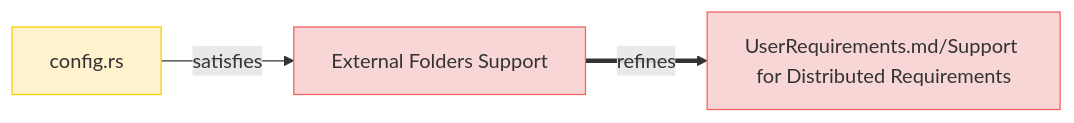
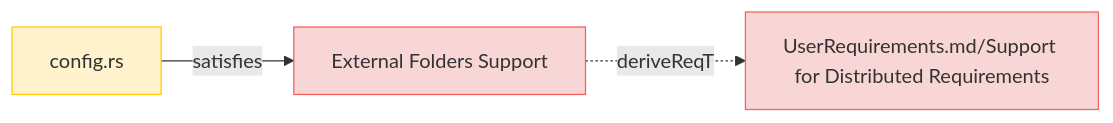
Before and after one commit to reqvire-org/reqvire: the second of 9 diagrams in specifications/SystemRequirements/Requirements.md, drawn with Mermaid. The commit also changed other lines of this file and 16 other files, not shown here.

````diff
--- a/specifications/SystemRequirements/Requirements.md
+++ b/specifications/SystemRequirements/Requirements.md
@@ -235,22 +251,22 @@
 ```mermaid
 graph LR;
   %% Graph styling
   classDef requirement fill:#f9d6d6,stroke:#f55f5f,stroke-width:1px;
   classDef satisfies fill:#fff2cc,stroke:#ffcc00,stroke-width:1px;
   classDef verification fill:#d6f9d6,stroke:#5fd75f,stroke-width:1px;
   classDef externalLink fill:#d0e0ff,stroke:#3080ff,stroke-width:1px;
   classDef paragraph fill:#efefef,stroke:#999999,stroke-width:1px;
   classDef default fill:#f5f5f5,stroke:#333333,stroke-width:1px;
 
     External_Folders_Support["External Folders Support"];
     click External_Folders_Support "SystemRequirements/Requirements.md#external-folders-support";
     class External_Folders_Support requirement;
-    External_Folders_Support ==>|refines| _UserRequirements_md_Support_for_Distributed_Requirements_____UserRequirements_md_support_for_distributed_requirements_;
+    External_Folders_Support -.->|deriveReqT| _UserRequirements_md_Support_for_Distributed_Requirements_____UserRequirements_md_support_for_distributed_requirements_;
     _UserRequirements_md_Support_for_Distributed_Requirements_____UserRequirements_md_support_for_distributed_requirements_["UserRequirements.md/Support for Distributed Requirements"];
     click _UserRequirements_md_Support_for_Distributed_Requirements_____UserRequirements_md_support_for_distributed_requirements_ "../UserRequirements.md#support-for-distributed-requirements";
     class _UserRequirements_md_Support_for_Distributed_Requirements_____UserRequirements_md_support_for_distributed_requirements_ requirement;
     _config_rs__https___github_com_reqflow_reqflow_src_config_rs_ -->|satisfies| External_Folders_Support;
     _config_rs__https___github_com_reqflow_reqflow_src_config_rs_["config.rs"];
     click _config_rs__https___github_com_reqflow_reqflow_src_config_rs_ "https://github.com/reqflow/reqflow/src#config.rs";
     class _config_rs__https___github_com_reqflow_reqflow_src_config_rs_ satisfies;
 ```
````
